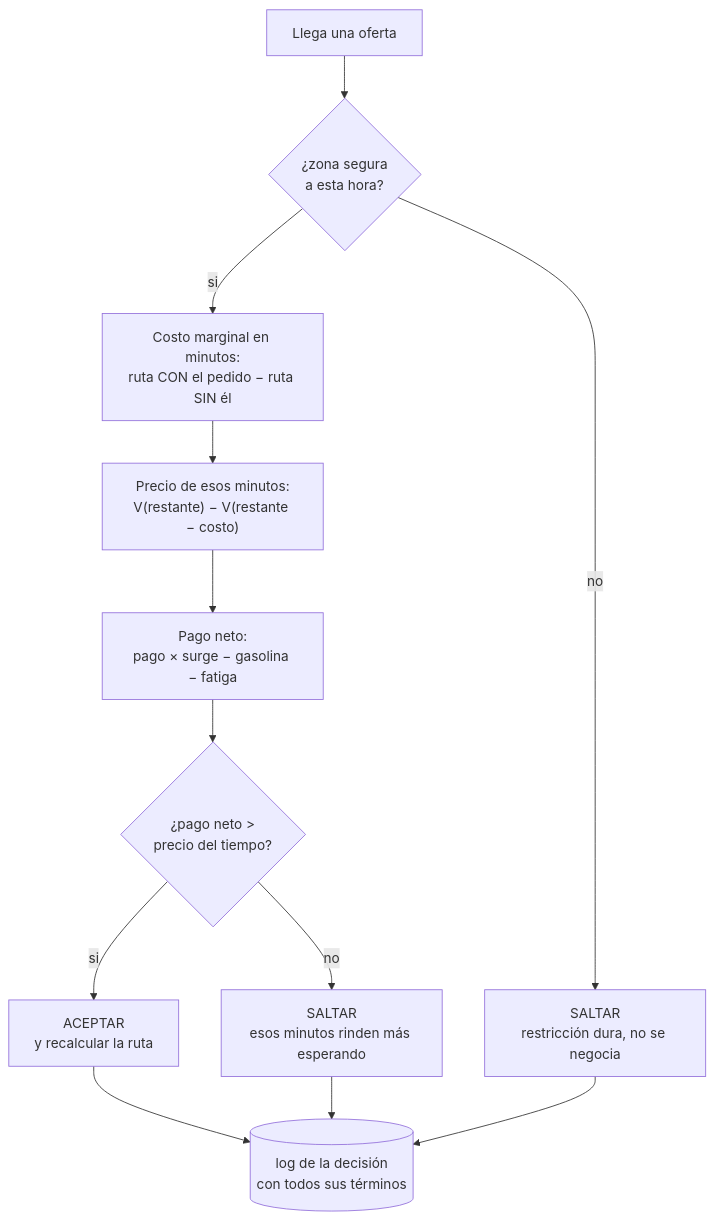
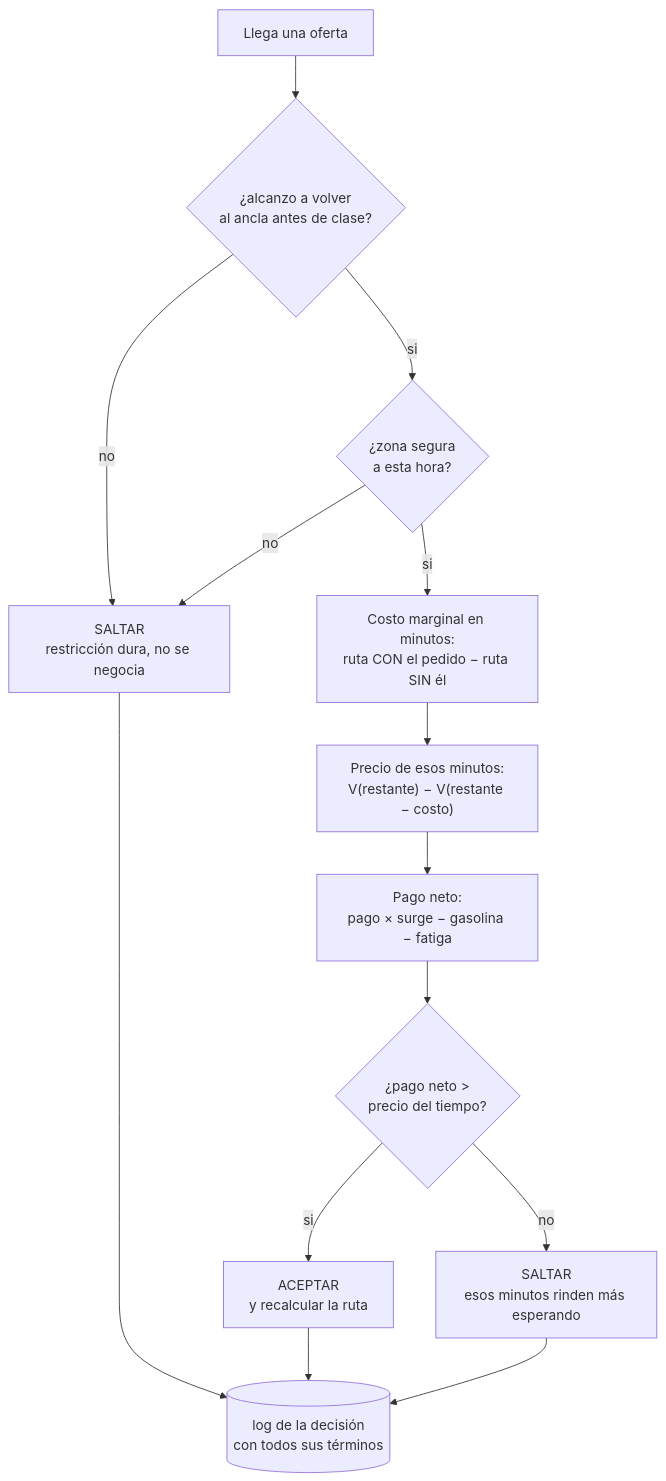
The second of 2 diagrams in agents.md (Roberto0611/CoDriver), drawn with Mermaid before and after one commit. The commit also changed other lines of this file, not shown here.

````diff
--- a/agents.md
+++ b/agents.md
@@ -141,14 +215,16 @@
 ```mermaid
 flowchart TD
-    A["Llega una oferta"] --> B{"¿zona segura<br/>a esta hora?"}
+    A["Llega una oferta"] --> Z{"¿alcanzo a volver<br/>al ancla antes de clase?"}
+    Z -->|no| R
+    Z -->|si| B{"¿zona segura<br/>a esta hora?"}
     B -->|no| R["SALTAR<br/>restricción dura, no se negocia"]
     B -->|si| C["Costo marginal en minutos:<br/>ruta CON el pedido − ruta SIN él"]
     C --> D["Precio de esos minutos:<br/>V(restante) − V(restante − costo)"]
     D --> E["Pago neto:<br/>pago × surge − gasolina − fatiga"]
     E --> F{"¿pago neto ><br/>precio del tiempo?"}
     F -->|si| G["ACEPTAR<br/>y recalcular la ruta"]
     F -->|no| H["SALTAR<br/>esos minutos rinden más esperando"]
     G --> L[("log de la decisión<br/>con todos sus términos")]
     H --> L
     R --> L
 ```
````
